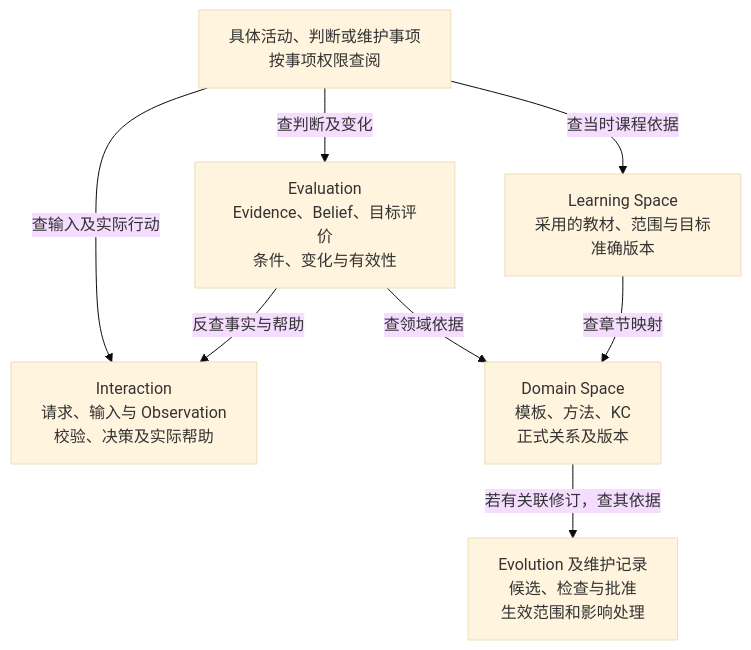
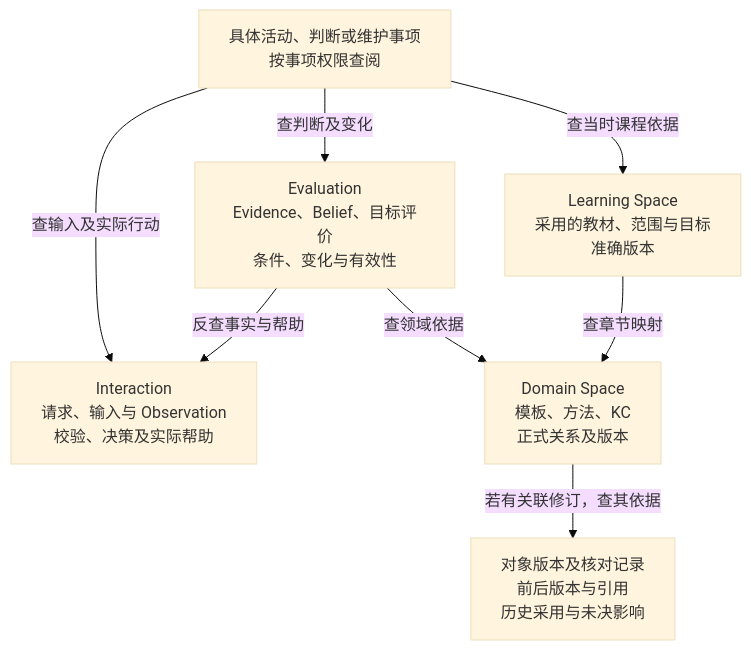
Before and after one commit to ivgotcrazy/deermind: the fourth of 6 diagrams in doc/mvp/phase-3-definition/MVP_Requirements_and_Acceptance.md, drawn with Mermaid (base theme). The commit also changed other lines of this file and 189 other files, not shown here.

````diff
--- a/doc/mvp/phase-3-definition/MVP_Requirements_and_Acceptance.md
+++ b/doc/mvp/phase-3-definition/MVP_Requirements_and_Acceptance.md
@@ -369,16 +369,16 @@
 ```mermaid
 flowchart TB
     A["具体活动、判断或维护事项<br/>按事项权限查阅"]
     I["Interaction<br/>请求、输入与 Observation<br/>校验、决策及实际帮助"]
     E["Evaluation<br/>Evidence、Belief、目标评价<br/>条件、变化与有效性"]
     L["Learning Space<br/>采用的教材、范围与目标<br/>准确版本"]
     M["Domain Space<br/>模板、方法、KC<br/>正式关系及版本"]
-    V["Evolution 及维护记录<br/>候选、检查与批准<br/>生效范围和影响处理"]
+    V["对象版本及核对记录<br/>前后版本与引用<br/>历史采用与未决影响"]
     A -->|"查当时课程依据"| L
     A -->|"查输入及实际行动"| I
     A -->|"查判断及变化"| E
     E -->|"反查事实与帮助"| I
     E -->|"查领域依据"| M
     L -->|"查章节映射"| M
     M -->|"若有关联修订，查其依据"| V
 ```
````
